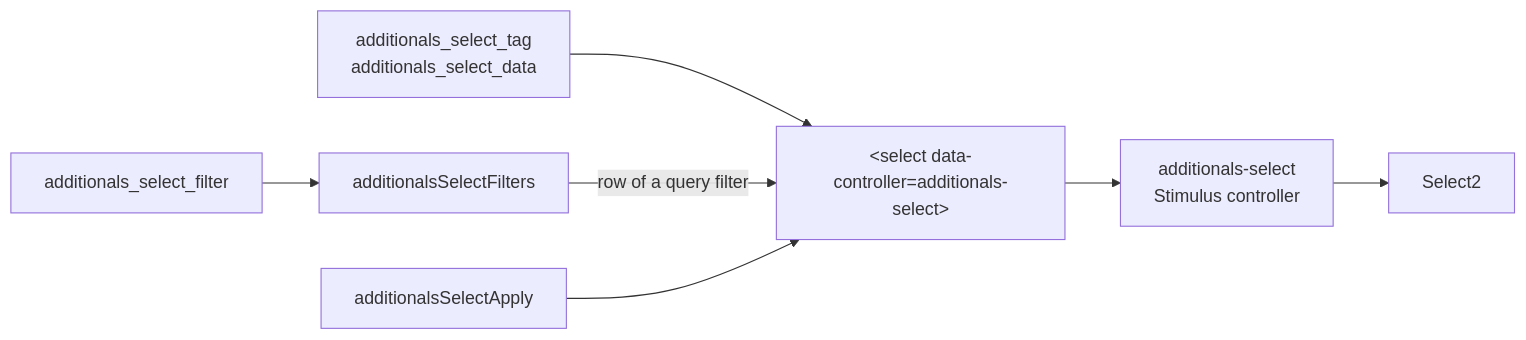
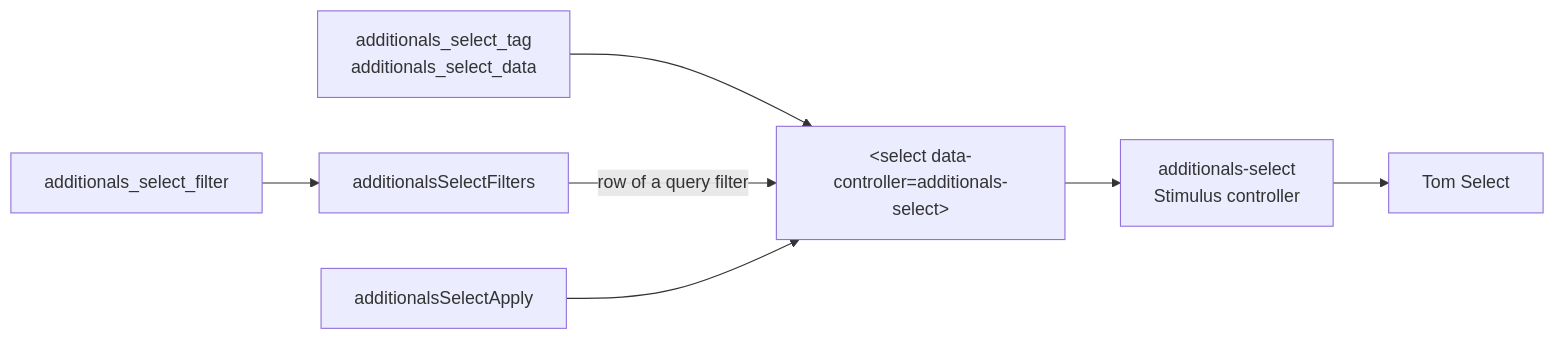
Before and after one commit to alphanodes/additionals: the diagram in docs/select-fields.md, drawn with Mermaid. The commit also changed other lines of this file and 25 other files, not shown here.

Commit message:
Switch the select fields from Select2 to Tom Select, drop Select2 and rename select2_init_entries to autocomplete_entries

````diff
--- a/docs/select-fields.md
+++ b/docs/select-fields.md
@@ -5,9 +5,9 @@
 ```mermaid
 flowchart LR
     H["additionals_select_tag<br/>additionals_select_data"] --> S["&lt;select data-controller=additionals-select&gt;"]
     F[additionals_select_filter] --> R[additionalsSelectFilters]
     R -->|row of a query filter| S
     J[additionalsSelectApply] --> S
     S --> C[additionals-select<br/>Stimulus controller]
-    C --> L[Select2]
+    C --> L[Tom Select]
 ```
````
